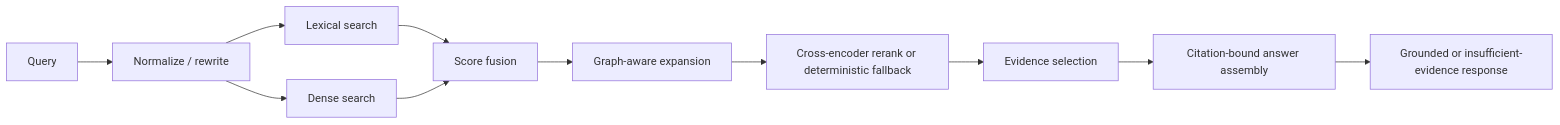
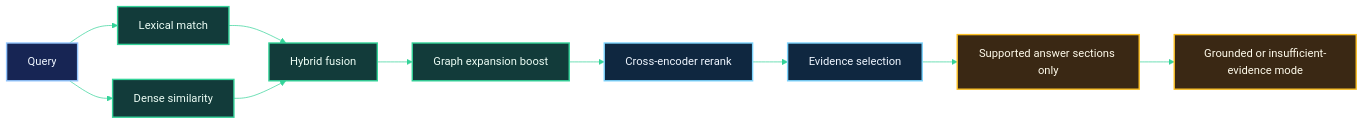
The fourth of 7 diagrams in README.md (PSR94/citadel), drawn with Mermaid before and after one commit. The commit also changed other lines of this file and 5 other files, not shown here.

Commit message:
Refresh README visuals and architecture diagrams

````diff
--- a/README.md
+++ b/README.md
@@ -125,13 +210,22 @@
 ```mermaid
+%%{init: {'theme':'base','themeVariables': {'background':'#06101a','primaryTextColor':'#d8e7f7','lineColor':'#34d399','fontFamily':'Arial','fontSize':'16px'}}}%%
 flowchart LR
-  Q["Query"] --> N["Normalize / rewrite"]
-  N --> BM25["Lexical search"]
-  N --> Dense["Dense search"]
-  BM25 --> Fuse["Score fusion"]
-  Dense --> Fuse
-  Fuse --> Expand["Graph-aware expansion"]
-  Expand --> Rerank["Cross-encoder rerank or deterministic fallback"]
-  Rerank --> Pack["Evidence selection"]
-  Pack --> Ground["Citation-bound answer assembly"]
-  Ground --> Output["Grounded or insufficient-evidence response"]
+  Q["Query"] --> LEX["Lexical match"]
+  Q --> DENSE["Dense similarity"]
+  LEX --> FUSE["Hybrid fusion"]
+  DENSE --> FUSE
+  FUSE --> GRAPH["Graph expansion boost"]
+  GRAPH --> RERANK["Cross-encoder rerank"]
+  RERANK --> EVID["Evidence selection"]
+  EVID --> GROUND["Supported answer sections only"]
+  GROUND --> MODE["Grounded or insufficient-evidence mode"]
+
+  classDef start fill:#172554,stroke:#93c5fd,color:#eff6ff,stroke-width:2px;
+  classDef hybrid fill:#123b3a,stroke:#34d399,color:#ecfdf5,stroke-width:2px;
+  classDef rank fill:#0f2740,stroke:#7dd3fc,color:#eff6ff,stroke-width:2px;
+  classDef ground fill:#3a2814,stroke:#fbbf24,color:#fffbeb,stroke-width:2px;
+  class Q start;
+  class LEX,DENSE,FUSE,GRAPH hybrid;
+  class RERANK,EVID rank;
+  class GROUND,MODE ground;
 ```
````
